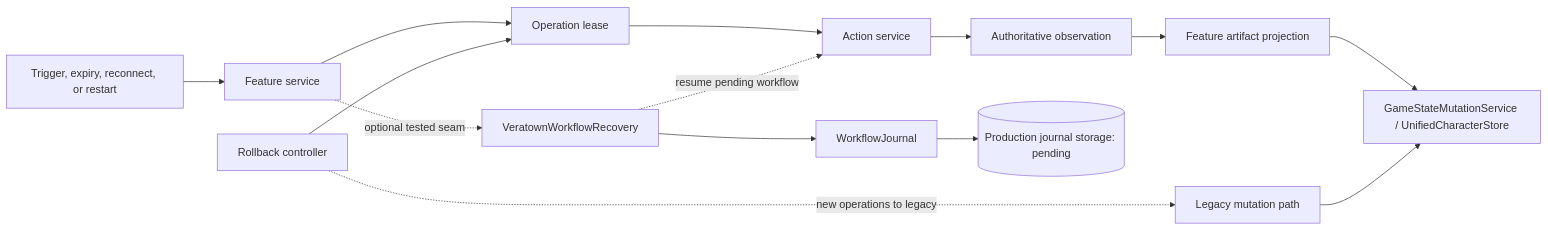
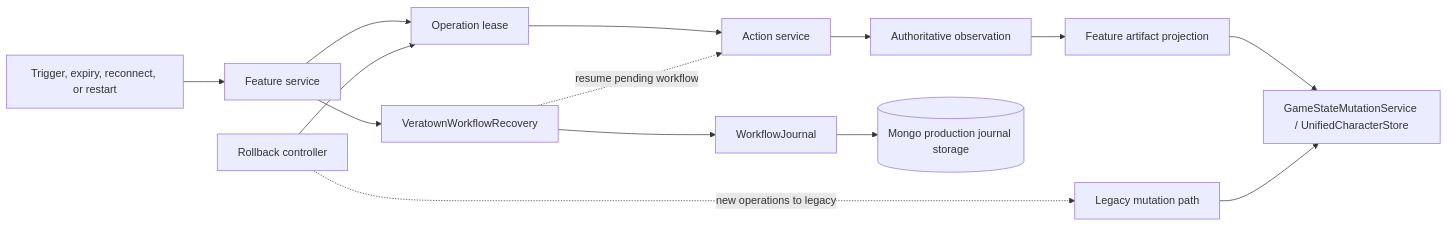
One commit to Rarsus/veratown changed the fifth of 5 diagrams in docs/ARCHITECTURE/MIGRATED_FEATURES.md. Above: the diagram before and after it, drawn with Mermaid. The commit also changed other lines of this file and 9 other files, not shown here.

Commit message:
feat: wire Bunny workflow recovery and Mongo journal

````diff
--- a/docs/ARCHITECTURE/MIGRATED_FEATURES.md
+++ b/docs/ARCHITECTURE/MIGRATED_FEATURES.md
@@ -245,18 +240,18 @@
 ```mermaid
 flowchart LR
     Event[Trigger, expiry, reconnect, or restart] --> Service[Feature service]
     Service --> Lease[Operation lease]
     Lease --> Action[Action service]
     Action --> Confirm[Authoritative observation]
     Confirm --> Projection[Feature artifact projection]
     Projection --> Store[GameStateMutationService / UnifiedCharacterStore]
 
-    Service -. optional tested seam .-> Recovery[VeratownWorkflowRecovery]
+    Service --> Recovery[VeratownWorkflowRecovery]
     Recovery --> Journal[WorkflowJournal]
-    Journal --> Durable[(Production journal storage: pending)]
+    Journal --> Durable[(Mongo production journal storage)]
     Recovery -. resume pending workflow .-> Action
 
     Legacy[Legacy mutation path] --> Store
     Rollback[Rollback controller] --> Lease
     Rollback -. new operations to legacy .-> Legacy
 ```
````
